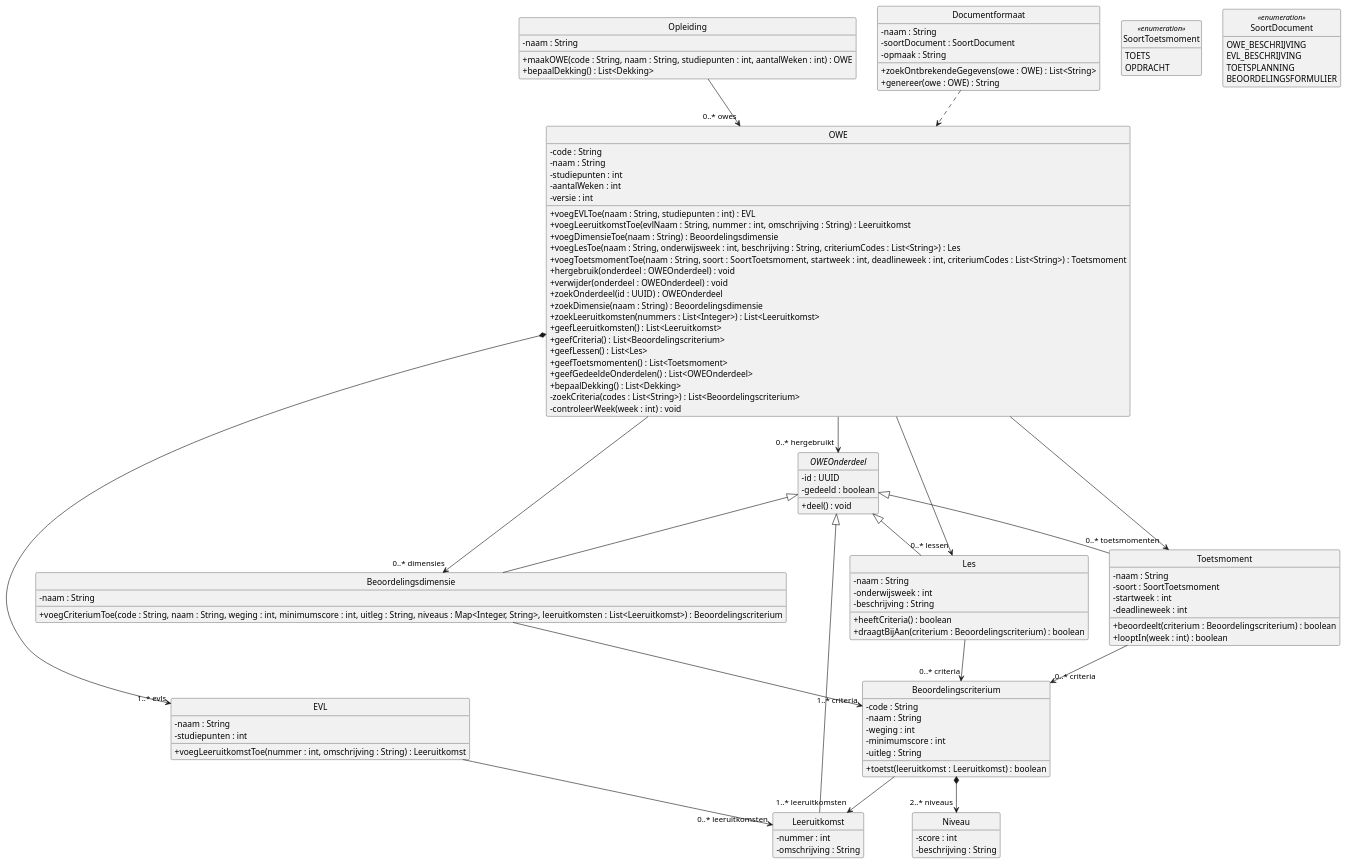
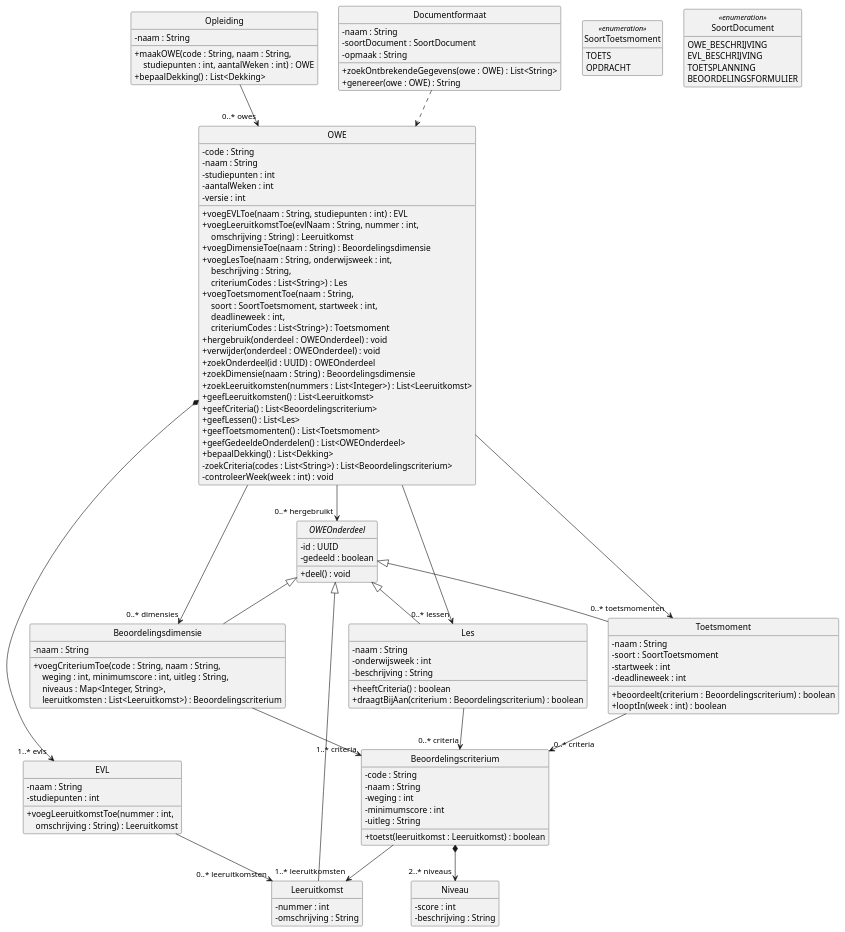
One commit to HAN-Craftsmanship-KL-JJG/casus changed the diagram in docs/diagrams/klassendiagram-domein.puml. Above: the diagram before and after it, drawn with PlantUML. The commit also changed 5 other files, not shown here.

First line of the commit message:
docs: wrap long signatures in class diagrams

```diff
--- a/docs/diagrams/klassendiagram-domein.puml
+++ b/docs/diagrams/klassendiagram-domein.puml
@@ -1,140 +1,145 @@
 @startuml klassendiagram-domein
 ' Design class diagram van ICDE: de domeinklassen. Toelichting: docs/klassendiagram.md
 ' Getters en setters staan er niet in, zoals bij Larman (7.6).
 skinparam style strictuml
 skinparam shadowing false
 skinparam defaultFontName Helvetica
 skinparam classAttributeIconSize 0
 hide empty members
 
 class Opleiding {
   - naam : String
-  + maakOWE(code : String, naam : String, studiepunten : int, \
-aantalWeken : int) : OWE
+  + maakOWE(code : String, naam : String,\n    \
+studiepunten : int, aantalWeken : int) : OWE
   + bepaalDekking() : List<Dekking>
 }
 
 class OWE {
   - code : String
   - naam : String
   - studiepunten : int
   - aantalWeken : int
   - versie : int
   + voegEVLToe(naam : String, studiepunten : int) : EVL
-  + voegLeeruitkomstToe(evlNaam : String, nummer : int, \
+  + voegLeeruitkomstToe(evlNaam : String, nummer : int,\n    \
 omschrijving : String) : Leeruitkomst
   + voegDimensieToe(naam : String) : Beoordelingsdimensie
-  + voegLesToe(naam : String, onderwijsweek : int, beschrijving : String, \
+  + voegLesToe(naam : String, onderwijsweek : int,\n    \
+beschrijving : String,\n    \
 criteriumCodes : List<String>) : Les
-  + voegToetsmomentToe(naam : String, soort : SoortToetsmoment, startweek : int, \
-deadlineweek : int, criteriumCodes : List<String>) : Toetsmoment
+  + voegToetsmomentToe(naam : String,\n    \
+soort : SoortToetsmoment, startweek : int,\n    \
+deadlineweek : int,\n    \
+criteriumCodes : List<String>) : Toetsmoment
   + hergebruik(onderdeel : OWEOnderdeel) : void
   + verwijder(onderdeel : OWEOnderdeel) : void
   + zoekOnderdeel(id : UUID) : OWEOnderdeel
   + zoekDimensie(naam : String) : Beoordelingsdimensie
   + zoekLeeruitkomsten(nummers : List<Integer>) : List<Leeruitkomst>
   + geefLeeruitkomsten() : List<Leeruitkomst>
   + geefCriteria() : List<Beoordelingscriterium>
   + geefLessen() : List<Les>
   + geefToetsmomenten() : List<Toetsmoment>
   + geefGedeeldeOnderdelen() : List<OWEOnderdeel>
   + bepaalDekking() : List<Dekking>
   - zoekCriteria(codes : List<String>) : List<Beoordelingscriterium>
   - controleerWeek(week : int) : void
 }
 
 class EVL {
   - naam : String
   - studiepunten : int
-  + voegLeeruitkomstToe(nummer : int, omschrijving : String) : Leeruitkomst
+  + voegLeeruitkomstToe(nummer : int,\n    \
+omschrijving : String) : Leeruitkomst
 }
 
 abstract class OWEOnderdeel {
   - id : UUID
   - gedeeld : boolean
   + deel() : void
 }
 
 class Leeruitkomst {
   - nummer : int
   - omschrijving : String
 }
 
 class Beoordelingsdimensie {
   - naam : String
-  + voegCriteriumToe(code : String, naam : String, weging : int, \
-minimumscore : int, uitleg : String, niveaus : Map<Integer, String>, \
+  + voegCriteriumToe(code : String, naam : String,\n    \
+weging : int, minimumscore : int, uitleg : String,\n    \
+niveaus : Map<Integer, String>,\n    \
 leeruitkomsten : List<Leeruitkomst>) : Beoordelingscriterium
 }
 
 class Beoordelingscriterium {
   - code : String
   - naam : String
   - weging : int
   - minimumscore : int
   - uitleg : String
   + toetst(leeruitkomst : Leeruitkomst) : boolean
 }
 
 class Niveau {
   - score : int
   - beschrijving : String
 }
 
 class Les {
   - naam : String
   - onderwijsweek : int
   - beschrijving : String
   + heeftCriteria() : boolean
   + draagtBijAan(criterium : Beoordelingscriterium) : boolean
 }
 
 class Toetsmoment {
   - naam : String
   - soort : SoortToetsmoment
   - startweek : int
   - deadlineweek : int
   + beoordeelt(criterium : Beoordelingscriterium) : boolean
   + looptIn(week : int) : boolean
 }
 
 class Documentformaat {
   - naam : String
   - soortDocument : SoortDocument
   - opmaak : String
   + zoekOntbrekendeGegevens(owe : OWE) : List<String>
   + genereer(owe : OWE) : String
 }
 
 enum SoortToetsmoment <<enumeration>> {
   TOETS
   OPDRACHT
 }
 
 enum SoortDocument <<enumeration>> {
   OWE_BESCHRIJVING
   EVL_BESCHRIJVING
   TOETSPLANNING
   BEOORDELINGSFORMULIER
 }
 
 Opleiding --> "0..* owes" OWE
 OWE *--> "1..* evls" EVL
 EVL --> "0..* leeruitkomsten" Leeruitkomst
 OWE --> "0..* dimensies" Beoordelingsdimensie
 Beoordelingsdimensie --> "1..* criteria" Beoordelingscriterium
 Beoordelingscriterium *--> "2..* niveaus" Niveau
 Beoordelingscriterium --> "1..* leeruitkomsten" Leeruitkomst
 OWE --> "0..* lessen" Les
 OWE --> "0..* toetsmomenten" Toetsmoment
 Les --> "0..* criteria" Beoordelingscriterium
 Toetsmoment --> "0..* criteria" Beoordelingscriterium
 OWE --> "0..* hergebruikt" OWEOnderdeel
 
 OWEOnderdeel <|-- Leeruitkomst
 OWEOnderdeel <|-- Beoordelingsdimensie
 OWEOnderdeel <|-- Les
 OWEOnderdeel <|-- Toetsmoment
 
 Documentformaat ..> OWE
 @enduml
```
